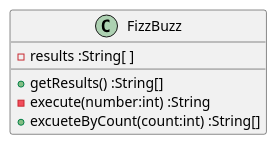
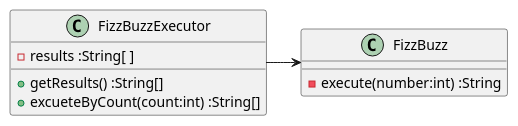
Before and after one commit to k2works/etude_for_java: the first of 2 diagrams in docs/src/fizzbuzz.md, drawn with PlantUML. The commit also changed other lines of this file and 5 other files, not shown here.

First line of the commit message:
FizzBuzz #EFJ-8

````diff
--- a/docs/src/fizzbuzz.md
+++ b/docs/src/fizzbuzz.md
@@ -29,10 +30,14 @@
 ```puml
 @startuml
-class FizzBuzz {
+class FizzBuzzExecutor {
   -results :String[ ]
-  +getResults() :String[]
-  -execute(number:int) :String
+  +getResults() :String[]  
   +excueteByCount(count:int) :String[]
 }
+class FizzBuzz {
+  -execute(number:int) :String
+}
+
+FizzBuzzExecutor -> FizzBuzz
 @enduml
 ```
````
